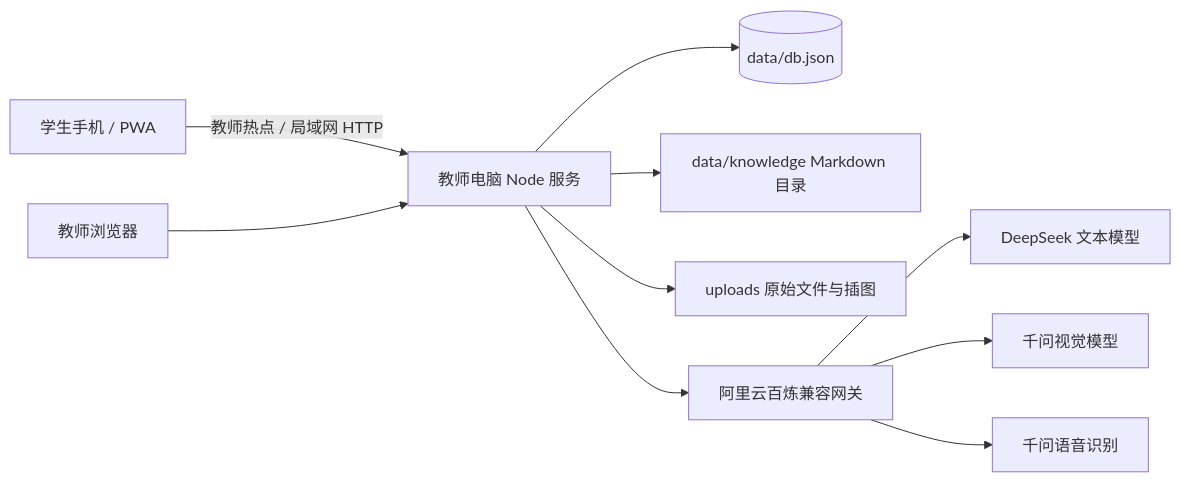
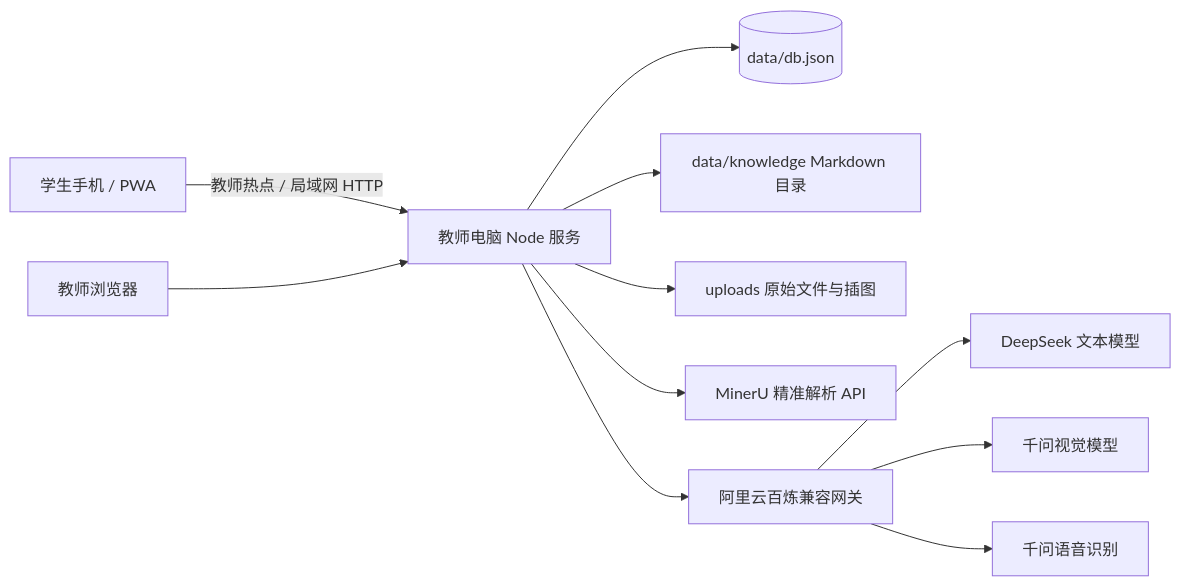
One commit to farlater/zhixing-ai-teaching-assistant changed the diagram in README.md. Above: the diagram before and after it, drawn with Mermaid. The commit also changed other lines of this file and 11 other files, not shown here.

````diff
--- a/README.md
+++ b/README.md
@@ -22,12 +22,13 @@
 ```mermaid
 flowchart LR
     S[学生手机 / PWA] -->|教师热点 / 局域网 HTTP| T[教师电脑 Node 服务]
     W[教师浏览器] --> T
     T --> D[(data/db.json)]
     T --> K[data/knowledge Markdown 目录]
     T --> F[uploads 原始文件与插图]
+    T --> M[MinerU 精准解析 API]
     T --> B[阿里云百炼兼容网关]
     B --> DS[DeepSeek 文本模型]
     B --> VL[千问视觉模型]
     B --> ASR[千问语音识别]
 ```
````
